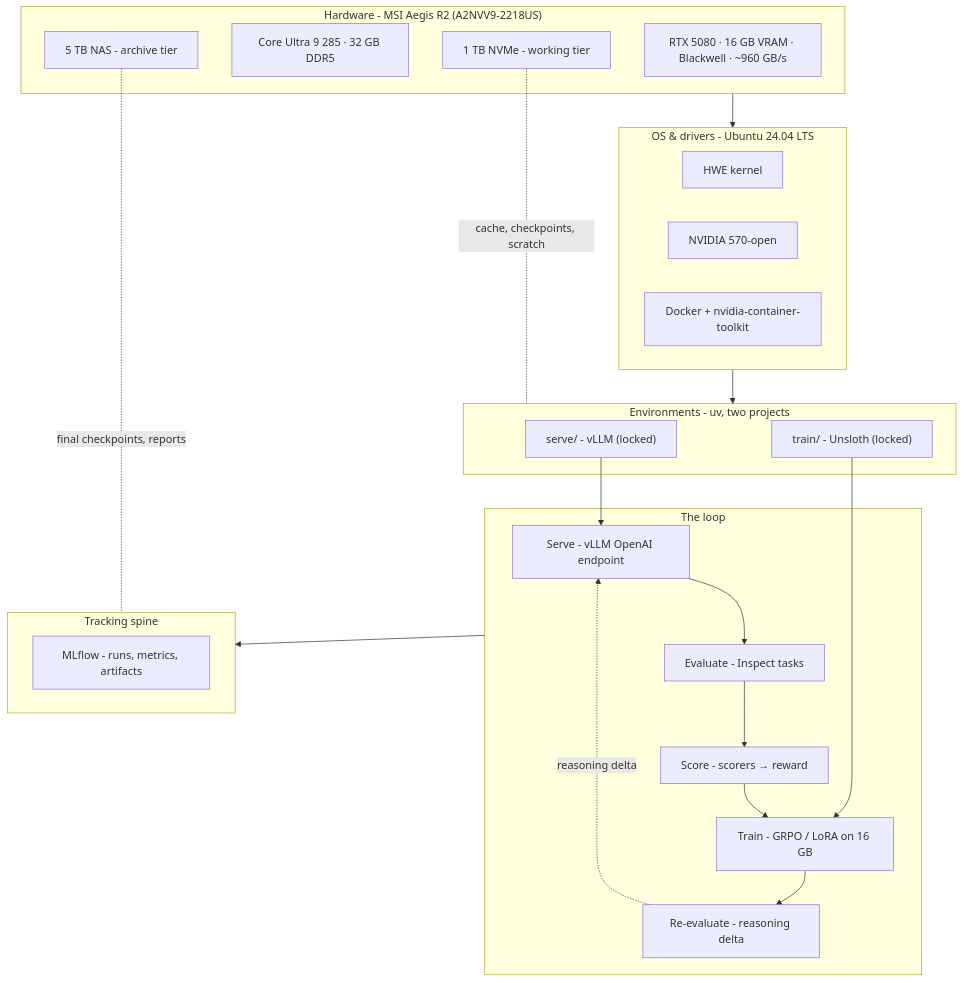
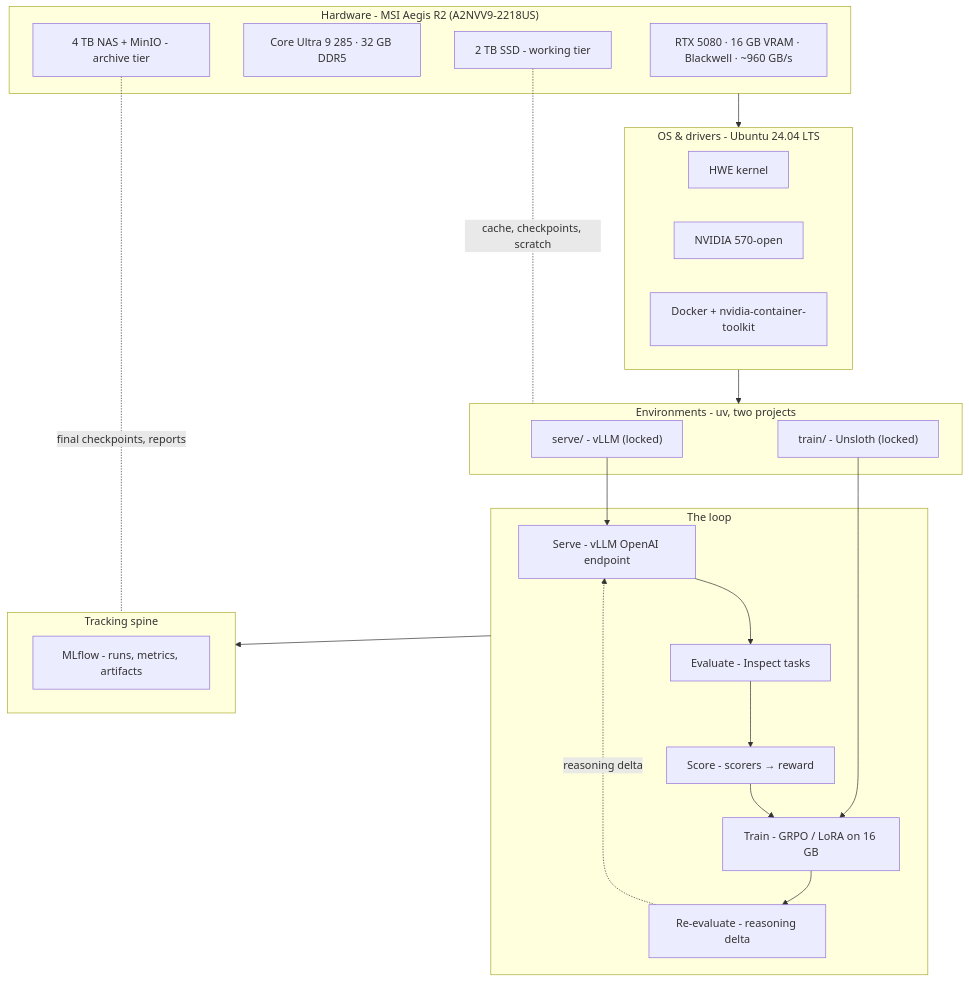
The second of 2 diagrams in book/src/p0-machine/01-why-this-machine.md (tbar4/thesis-tech-stack), drawn with Mermaid before and after one commit. The commit also changed other lines of this file and 11 other files, not shown here.

````diff
--- a/book/src/p0-machine/01-why-this-machine.md
+++ b/book/src/p0-machine/01-why-this-machine.md
@@ -100,43 +100,43 @@
 ```mermaid
 flowchart TB
     subgraph HW["Hardware - MSI Aegis R2 (A2NVV9-2218US)"]
         GPU["RTX 5080 · 16 GB VRAM · Blackwell · ~960 GB/s"]
         CPU["Core Ultra 9 285 · 32 GB DDR5"]
-        NVME["1 TB NVMe - working tier"]
-        NAS["5 TB NAS - archive tier"]
+        NVME["2 TB SSD - working tier"]
+        NAS["4 TB NAS + MinIO - archive tier"]
     end
 
     subgraph OS["OS & drivers - Ubuntu 24.04 LTS"]
         KERN["HWE kernel"]
         DRV["NVIDIA 570-open"]
         CT["Docker + nvidia-container-toolkit"]
     end
 
     subgraph ENV["Environments - uv, two projects"]
         SERVEENV["serve/ - vLLM (locked)"]
         TRAINENV["train/ - Unsloth (locked)"]
     end
 
     subgraph LOOP["The loop"]
         SERVE["Serve - vLLM OpenAI endpoint"]
         EVAL["Evaluate - Inspect tasks"]
         SCORE["Score - scorers → reward"]
         TRAIN["Train - GRPO / LoRA on 16 GB"]
         REEVAL["Re-evaluate - reasoning delta"]
     end
 
     subgraph SPINE["Tracking spine"]
         MLF["MLflow - runs, metrics, artifacts"]
     end
 
     HW --> OS --> ENV
     SERVEENV --> SERVE
     TRAINENV --> TRAIN
     SERVE --> EVAL --> SCORE --> TRAIN --> REEVAL
     REEVAL -.->|reasoning delta| SERVE
     LOOP --> SPINE
     NVME -. "cache, checkpoints, scratch" .- ENV
     NAS -. "final checkpoints, reports" .- SPINE
 
     classDef boundary fill:#f6f6f6,stroke:#999,stroke-dasharray:4 3;
 ```
````
